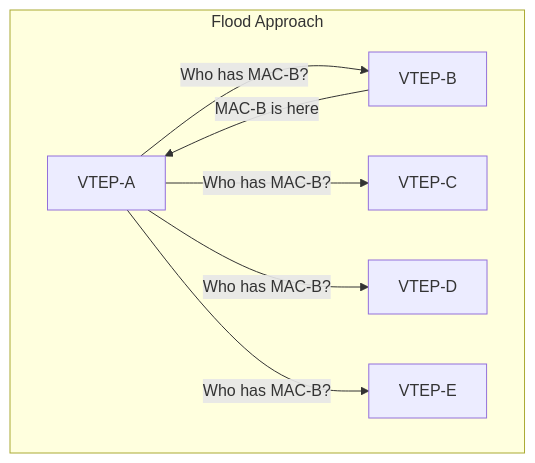
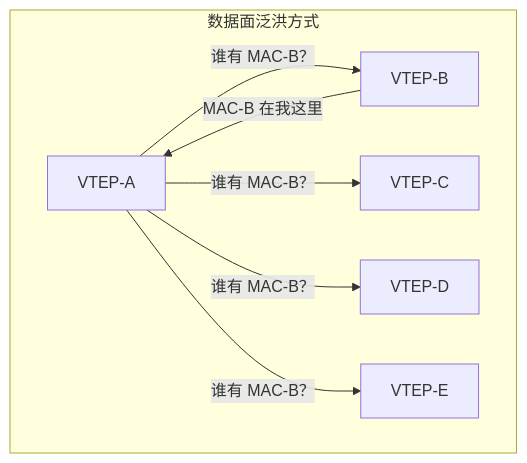
Before and after one commit to caozhiyi/network-book: the third of 3 diagrams in docs/05.给包裹再套一层VxLAN与Overlay网络.md, drawn with Mermaid. The commit also changed other lines of this file and 77 other files, not shown here.

````diff
--- a/docs/05.给包裹再套一层VxLAN与Overlay网络.md
+++ b/docs/05.给包裹再套一层VxLAN与Overlay网络.md
@@ -157,10 +159,10 @@
 ```mermaid
 graph TB
-    subgraph "Flood Approach"
-        VTEP4[VTEP-A] -->|"Who has MAC-B?"| VTEP5[VTEP-B]
-        VTEP4 -->|"Who has MAC-B?"| VTEP6[VTEP-C]
-        VTEP4 -->|"Who has MAC-B?"| VTEP7[VTEP-D]
-        VTEP4 -->|"Who has MAC-B?"| VTEP8[VTEP-E]
-        VTEP5 -->|"MAC-B is here"| VTEP4
+    subgraph "数据面泛洪方式"
+        VTEP4[VTEP-A] -->|"谁有 MAC-B？"| VTEP5[VTEP-B]
+        VTEP4 -->|"谁有 MAC-B？"| VTEP6[VTEP-C]
+        VTEP4 -->|"谁有 MAC-B？"| VTEP7[VTEP-D]
+        VTEP4 -->|"谁有 MAC-B？"| VTEP8[VTEP-E]
+        VTEP5 -->|"MAC-B 在我这里"| VTEP4
     end
 ```
````
